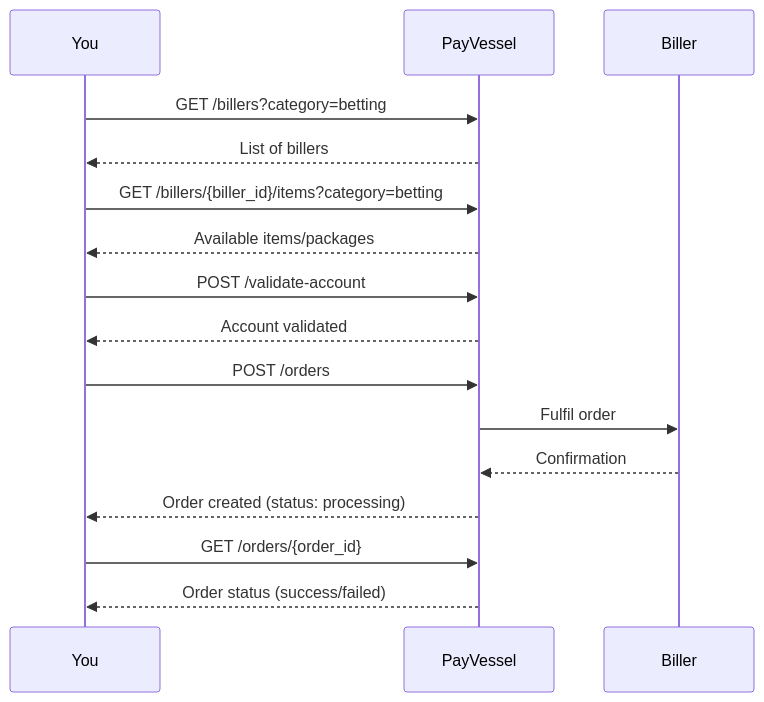
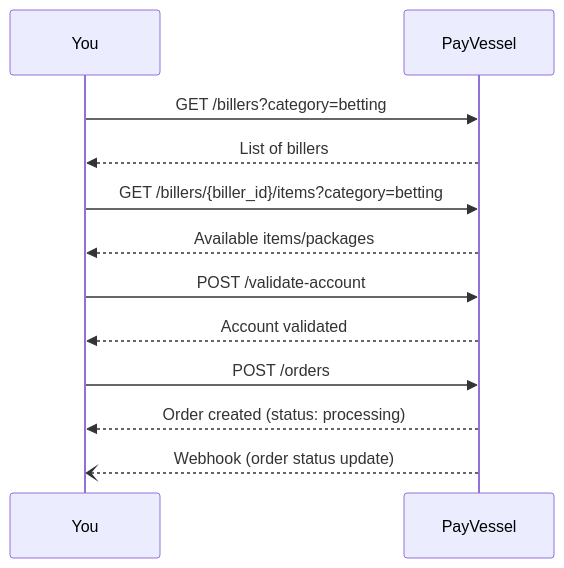
Before and after one commit to Nex-Panther-Technologies-Ltd/payvessel-docs: the diagram in biller-reseller/overview.mdx, drawn with Mermaid. The commit also changed other lines of this file and 5 other files, not shown here.

````diff
--- a/biller-reseller/overview.mdx
+++ b/biller-reseller/overview.mdx
@@ -33,19 +34,15 @@
 ```mermaid
 sequenceDiagram
     participant You
     participant PayVessel
-    participant Biller
 
     You->>PayVessel: GET /billers?category=betting
     PayVessel-->>You: List of billers
     You->>PayVessel: GET /billers/{biller_id}/items?category=betting
     PayVessel-->>You: Available items/packages
     You->>PayVessel: POST /validate-account
     PayVessel-->>You: Account validated
     You->>PayVessel: POST /orders
-    PayVessel->>Biller: Fulfil order
-    Biller-->>PayVessel: Confirmation
     PayVessel-->>You: Order created (status: processing)
-    You->>PayVessel: GET /orders/{order_id}
-    PayVessel-->>You: Order status (success/failed)
+    PayVessel--)You: Webhook (order status update)
 ```
````
